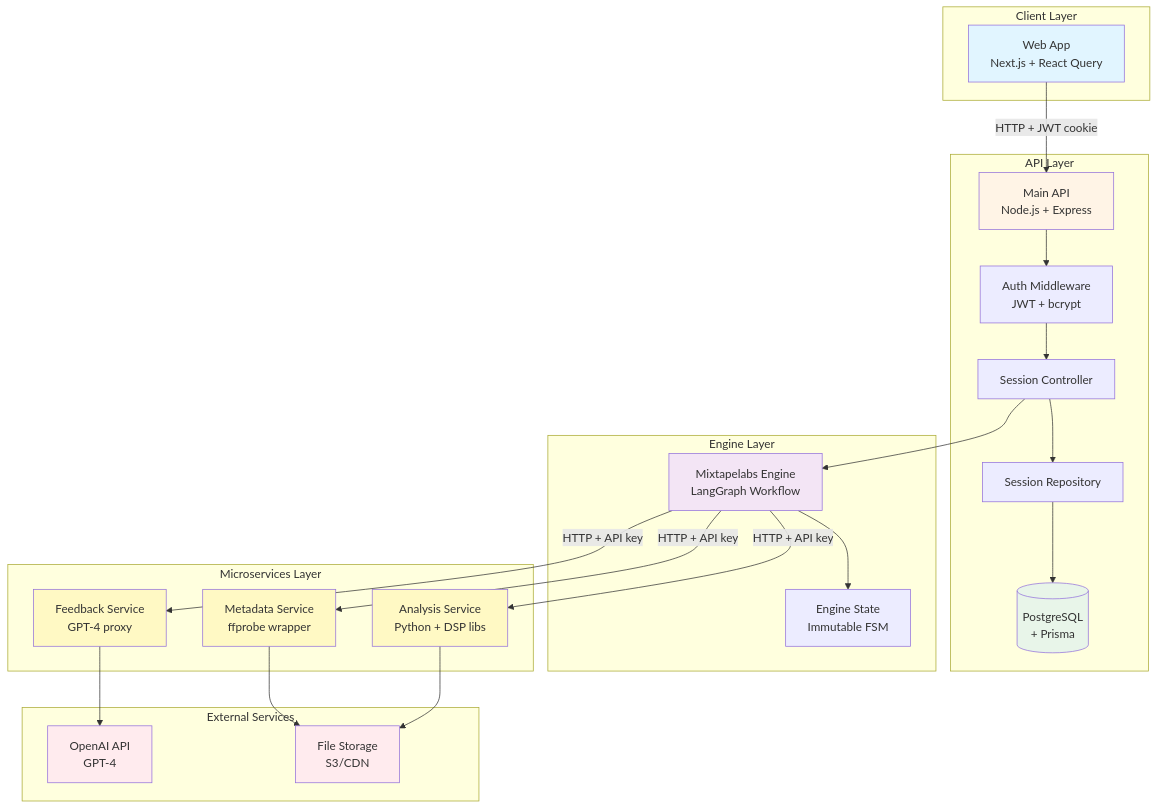
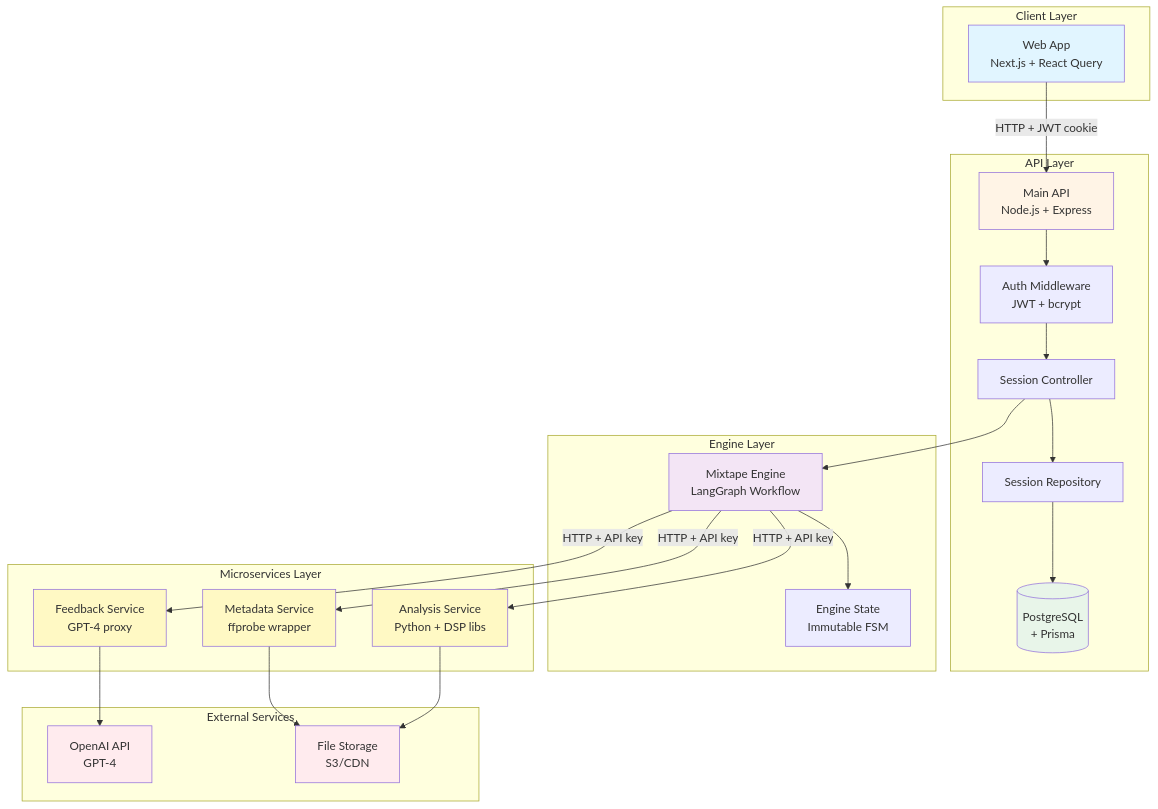
Before and after one commit to auralyze/docs: the diagram in guide/architecture/system-overview.md, drawn with Mermaid. The commit also changed other lines of this file and 15 other files, not shown here.

Commit message:
docs: update references from Mixtapelabs to MixtapeLabs and correct function names in documentation

````diff
--- a/guide/architecture/system-overview.md
+++ b/guide/architecture/system-overview.md
@@ -7,56 +7,56 @@
 ```mermaid
 graph TB
     subgraph "Client Layer"
         Web[Web App<br/>Next.js + React Query]
     end
 
     subgraph "API Layer"
         API[Main API<br/>Node.js + Express]
         Auth[Auth Middleware<br/>JWT + bcrypt]
         SessionCtrl[Session Controller]
         SessionRepo[Session Repository]
         DB[(PostgreSQL<br/>+ Prisma)]
     end
 
     subgraph "Engine Layer"
-        Engine[Mixtapelabs Engine<br/>LangGraph Workflow]
+        Engine[Mixtape Engine<br/>LangGraph Workflow]
         EngineState[Engine State<br/>Immutable FSM]
     end
 
     subgraph "Microservices Layer"
         Metadata[Metadata Service<br/>ffprobe wrapper]
         Analysis[Analysis Service<br/>Python + DSP libs]
         Feedback[Feedback Service<br/>GPT-4 proxy]
     end
 
     subgraph "External Services"
         OpenAI[OpenAI API<br/>GPT-4]
         CDN[File Storage<br/>S3/CDN]
     end
 
     Web -->|HTTP + JWT cookie| API
     API --> Auth
     Auth --> SessionCtrl
     SessionCtrl --> Engine
     SessionCtrl --> SessionRepo
     SessionRepo --> DB
 
     Engine --> EngineState
     Engine -->|HTTP + API key| Metadata
     Engine -->|HTTP + API key| Analysis
     Engine -->|HTTP + API key| Feedback
 
     Metadata --> CDN
     Analysis --> CDN
     Feedback --> OpenAI
 
     style Web fill:#e1f5ff
     style API fill:#fff4e6
     style Engine fill:#f3e5f5
     style DB fill:#e8f5e9
     style Metadata fill:#fff9c4
     style Analysis fill:#fff9c4
     style Feedback fill:#fff9c4
     style OpenAI fill:#ffebee
     style CDN fill:#ffebee
 ```
````
